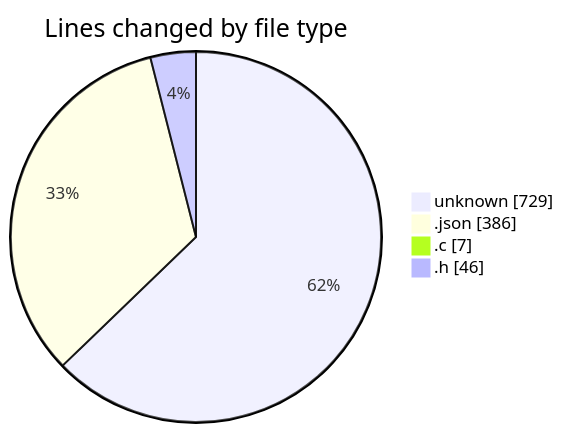
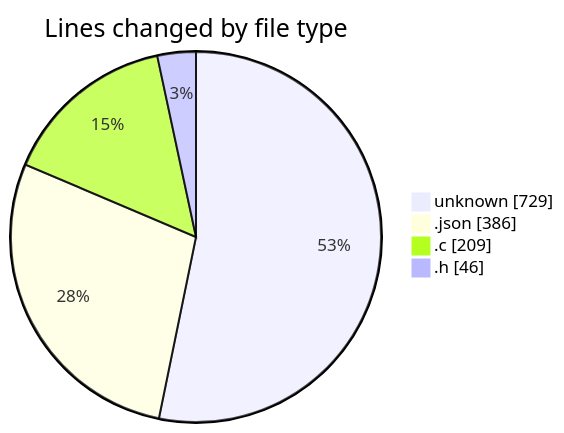
The first of 2 diagrams in 2025-04-03/konstruct/README.md (charlie-sans/code-tracking), drawn with Mermaid before and after one commit. The commit also changed other lines of this file and 1 other file, not shown here.

````diff
--- a/2025-04-03/konstruct/README.md
+++ b/2025-04-03/konstruct/README.md
@@ -24,8 +25,8 @@
 ```mermaid
 pie showData
 title Lines changed by file type
 "unknown" : 729
 ".json" : 386
-".c" : 7
+".c" : 209
 ".h" : 46
 ```
````
